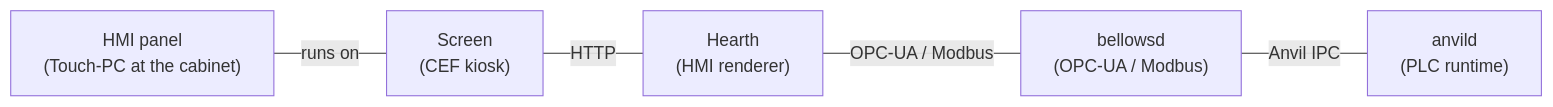
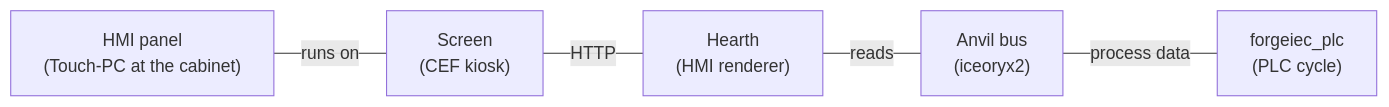
The diagram in content/en/plattform/screen.md (Beerlesklopfer/forgeiec-website), drawn with Mermaid before and after one commit. The commit also changed other lines of this file and 3 other files, not shown here.

Commit message:
platform/screen, ledger: Hearth reads the Anvil bus, Ledger planned, licence

````diff
--- a/content/en/plattform/screen.md
+++ b/content/en/plattform/screen.md
@@ -42,13 +42,13 @@
 ```mermaid
 flowchart LR
     Panel["HMI panel<br/>(Touch-PC at the cabinet)"]
     Screen["Screen<br/>(CEF kiosk)"]
     Hearth["Hearth<br/>(HMI renderer)"]
-    Bellows["bellowsd<br/>(OPC-UA / Modbus)"]
-    Anvild["anvild<br/>(PLC runtime)"]
+    Anvil["Anvil bus<br/>(iceoryx2)"]
+    Plc["forgeiec_plc<br/>(PLC cycle)"]
 
     Panel ---|"runs on"| Screen
     Screen ---|"HTTP"| Hearth
-    Hearth ---|"OPC-UA / Modbus"| Bellows
-    Bellows ---|"Anvil IPC"| Anvild
+    Hearth ---|"reads"| Anvil
+    Anvil ---|"process data"| Plc
 ```
````
